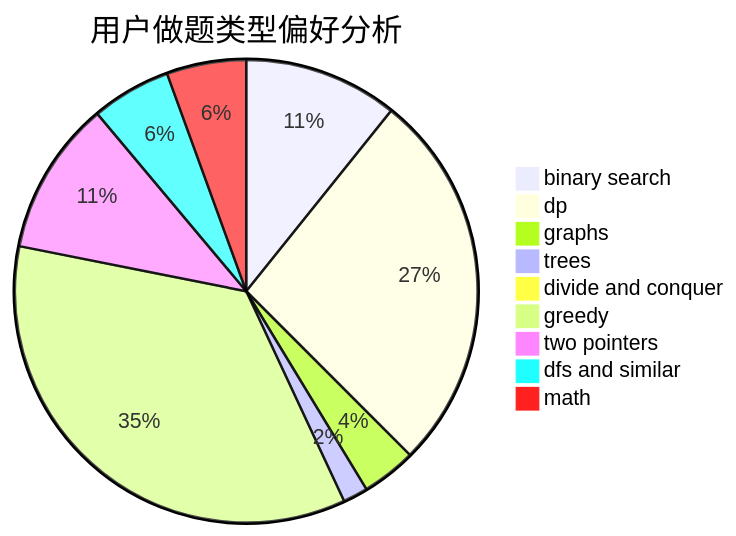
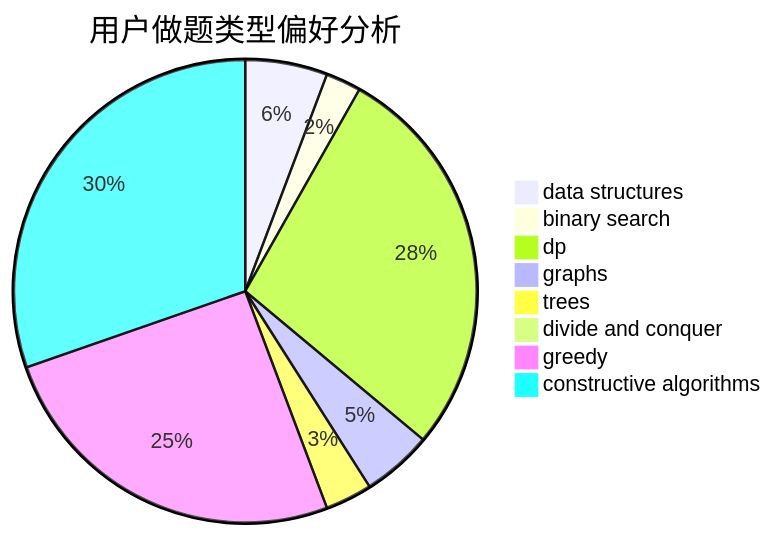
One commit to sherpahu/cfrs.github.io changed the second of 3 diagrams in docs/user/u463.md. Above: the diagram before and after it, drawn with Mermaid. The commit also changed other lines of this file and 2775 other files, not shown here.

````diff
--- a/docs/user/u463.md
+++ b/docs/user/u463.md
@@ -23,12 +23,11 @@
 ```mermaid
 pie title 用户做题类型偏好分析
-    "binary search" :  31
-    "dp" :  77
-    "graphs" :  11
-    "trees" :  5
+    "data structures" :  7
+    "binary search" :  3
+    "dp" :  34
+    "graphs" :  6
+    "trees" :  4
     "divide and conquer" :  0
-    "greedy" :  101
-    "two pointers" :  31
-    "dfs and similar" :  16
-    "math" :  16
+    "greedy" :  31
+    "constructive algorithms" :  37
 ```
````
